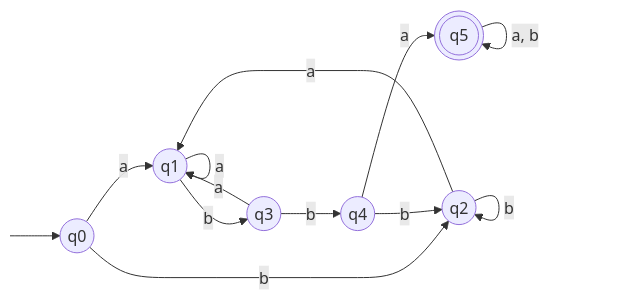
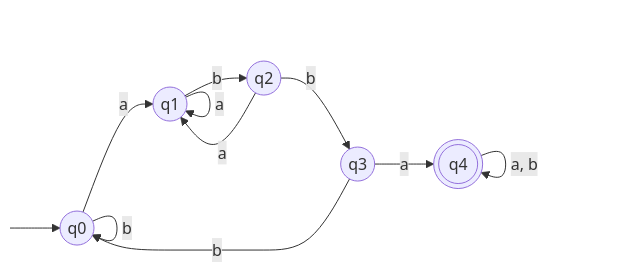
The first of 3 diagrams in sem3/TIN/UE/bf/TI-bf-u03.md (bfeitknecht/vault), drawn with Mermaid before and after one commit. The commit also changed other lines of this file, not shown here.

Commit message:
backup: 2024-10-09T23:56:12+02:00 from MacBook Pro (echo)
Affected files:
sem3/TIN/UE/bf/TI-bf-u03.md

````diff
--- a/sem3/TIN/UE/bf/TI-bf-u03.md
+++ b/sem3/TIN/UE/bf/TI-bf-u03.md
@@ -24,33 +24,29 @@
 ```mermaid
 flowchart LR
 
 classDef hidden display: none;
 
 S:::hidden
 q0((q0))
 q1((q1))
 q2((q2))
 q3((q3))
-q4((q4))
-q5(((q5)))
+q4(((q4)))
 
 S --> q0
 
+q1 -->|"a"| q1
+q1 -->|"b"| q2
+
 q0 -->|"a"| q1
-q0 -->|"b"| q2
-
-q1 -->|"a"| q1
-q1 -->|"b"| q3
+q0 -->|"b"| q0
 
 q2 -->|"a"| q1
-q2 -->|"b"| q2
+q2 -->|"b"| q3
 
-q3 -->|"a"| q1
-q3 -->|"b"| q4
+q3 -->|"a"| q4
+q3 -->|"b"| q0
 
-q4 -->|"a"| q5
-q4 -->|"b"| q2
-
-q5 -->|"a, b"| q5
+q4 -->|"a, b"| q4
 
 ```
````
